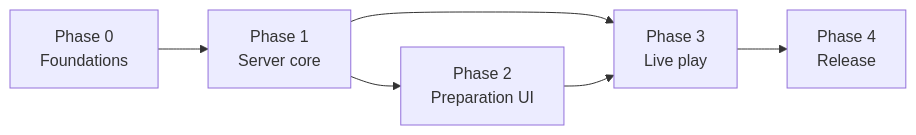
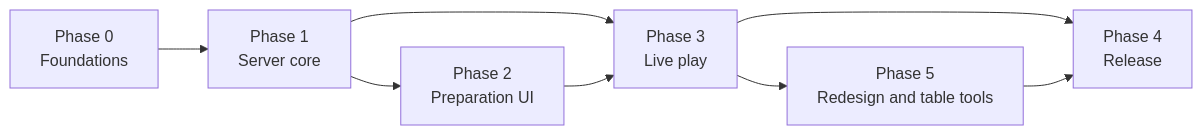
The diagram in specs/13-implementation-plan.md (giorgosroussos/dnd-vtt), drawn with Mermaid before and after one commit. The commit also changed other lines of this file and 15 other files, not shown here.

````diff
--- a/specs/13-implementation-plan.md
+++ b/specs/13-implementation-plan.md
@@ -11,8 +11,10 @@
 ```mermaid
 flowchart LR
   P0["Phase 0<br/>Foundations"] --> P1["Phase 1<br/>Server core"]
   P1 --> P2["Phase 2<br/>Preparation UI"]
   P1 --> P3["Phase 3<br/>Live play"]
   P2 --> P3
   P3 --> P4["Phase 4<br/>Release"]
+  P3 --> P5["Phase 5<br/>Redesign and table tools"]
+  P5 --> P4
 ```
````
